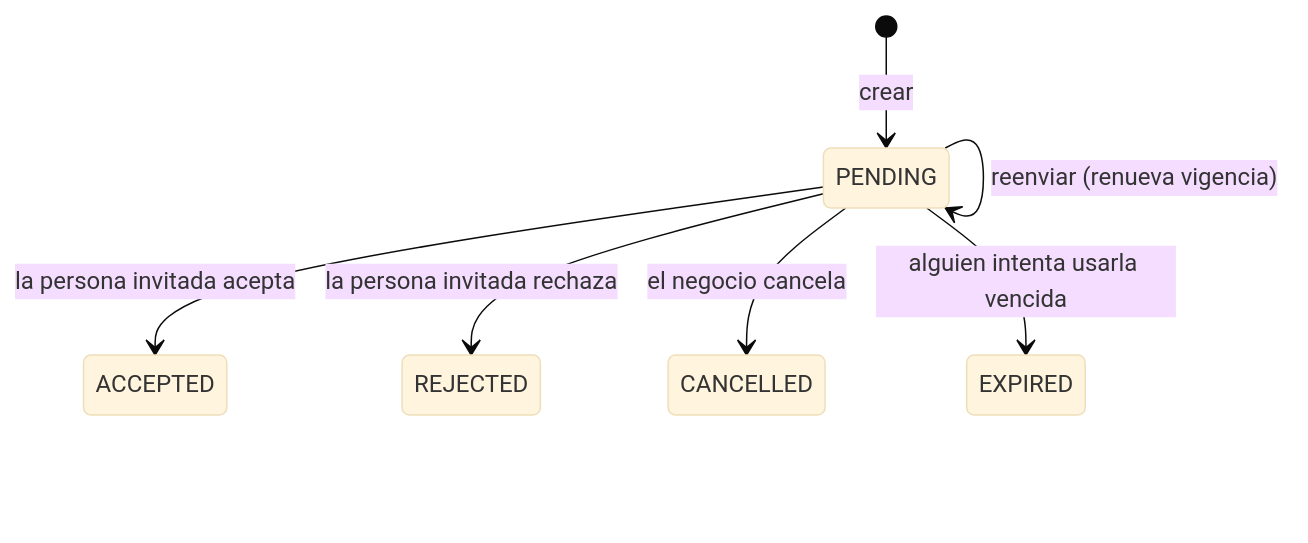
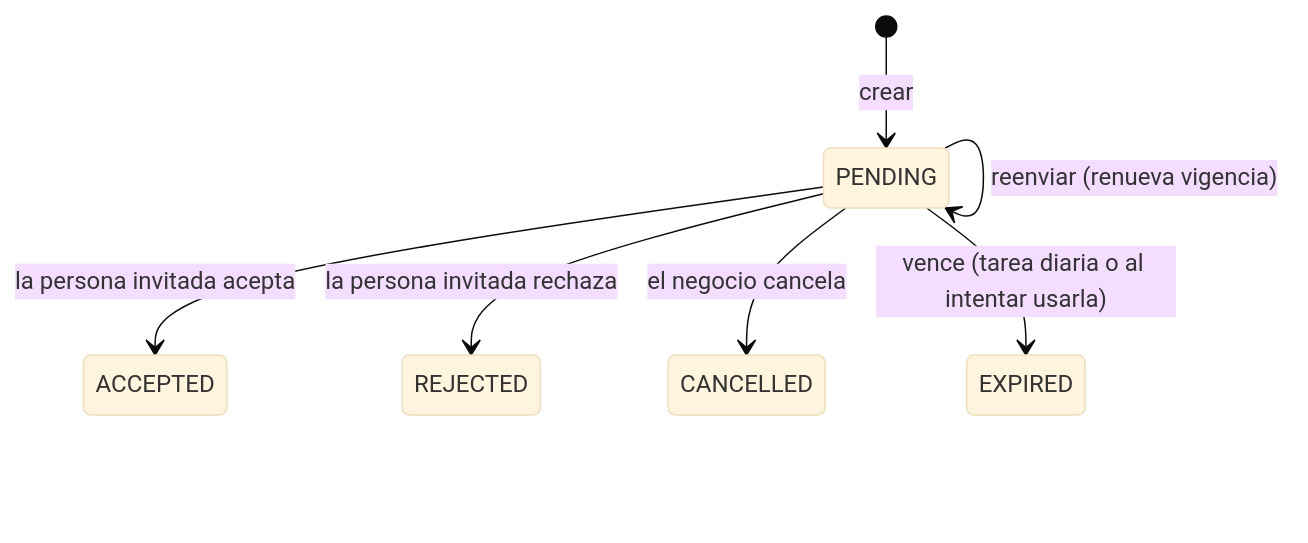
The first of 2 diagrams in docs/modulos/invitations.md (Carbal23/appuntao-backend), drawn with Mermaid (base theme) before and after one commit. The commit also changed other lines of this file and 4 other files, not shown here.

````diff
--- a/docs/modulos/invitations.md
+++ b/docs/modulos/invitations.md
@@ -104,9 +106,9 @@
 ```mermaid
 stateDiagram-v2
     [*] --> PENDING: crear
     PENDING --> ACCEPTED: la persona invitada acepta
     PENDING --> REJECTED: la persona invitada rechaza
     PENDING --> CANCELLED: el negocio cancela
-    PENDING --> EXPIRED: alguien intenta usarla vencida
+    PENDING --> EXPIRED: vence (tarea diaria o al intentar usarla)
     PENDING --> PENDING: reenviar (renueva vigencia)
 ```
````
